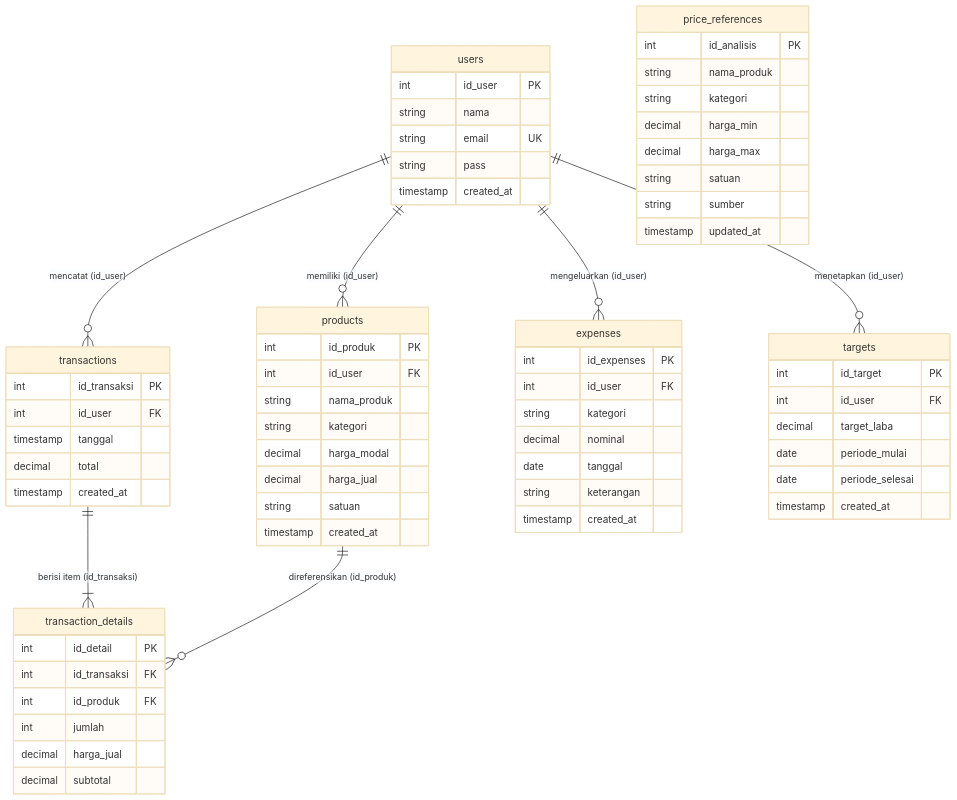
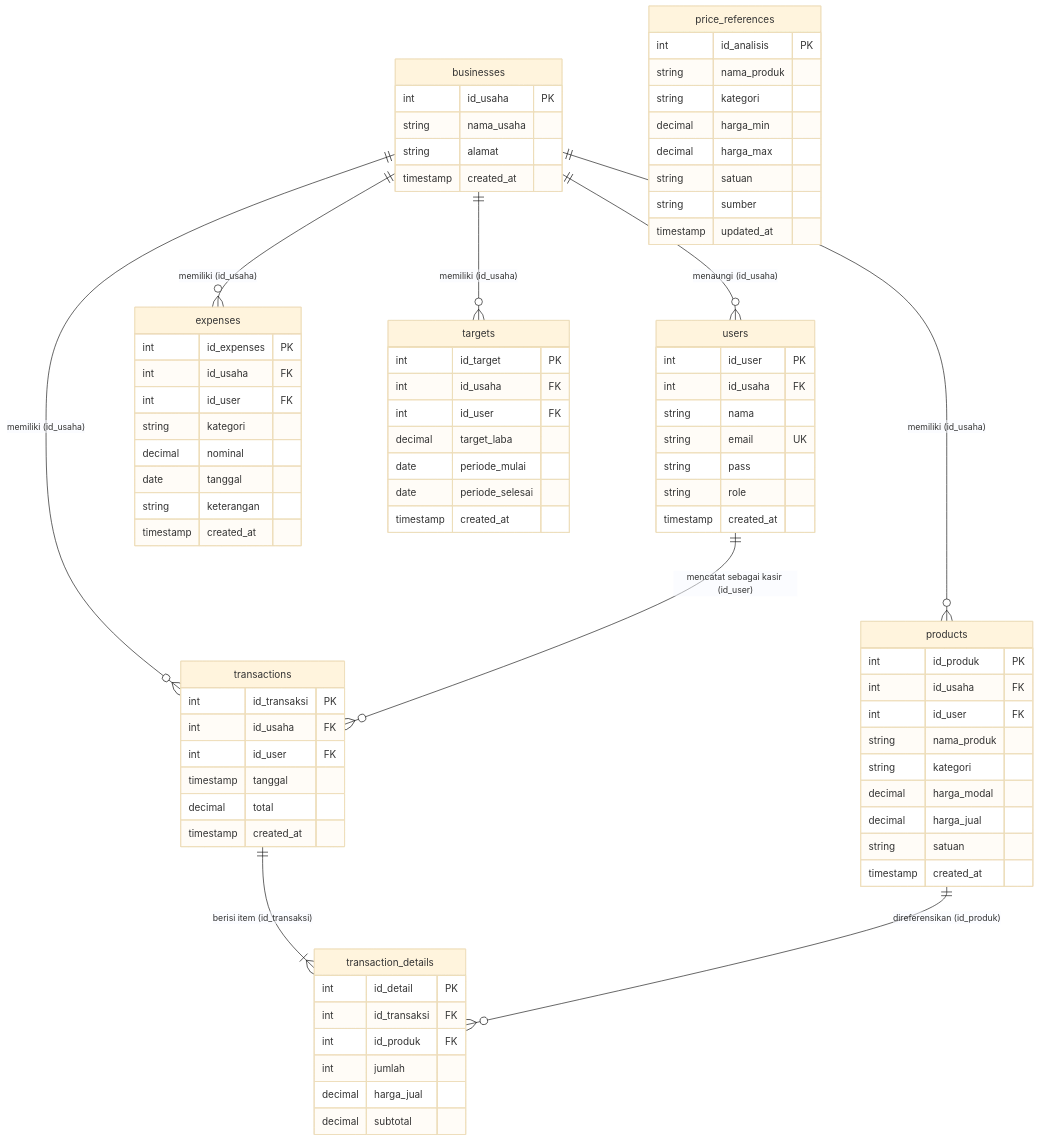
The third of 3 diagrams in README.md (kha1de/KedaiKas), drawn with Mermaid (base theme) before and after one commit. The commit also changed other lines of this file and 55 other files, not shown here.

````diff
--- a/README.md
+++ b/README.md
@@ -290,32 +355,34 @@
 ```mermaid
 erDiagram
-    users ||--o{ products : "memiliki (id_user)"
-    users ||--o{ transactions : "mencatat (id_user)"
-    users ||--o{ expenses : "mengeluarkan (id_user)"
-    users ||--o{ targets : "menetapkan (id_user)"
+    businesses ||--o{ users : "menaungi (id_usaha)"
+    businesses ||--o{ products : "memiliki (id_usaha)"
+    businesses ||--o{ transactions : "memiliki (id_usaha)"
+    businesses ||--o{ expenses : "memiliki (id_usaha)"
+    businesses ||--o{ targets : "memiliki (id_usaha)"
+    users ||--o{ transactions : "mencatat sebagai kasir (id_user)"
     transactions ||--|{ transaction_details : "berisi item (id_transaksi)"
     products ||--o{ transaction_details : "direferensikan (id_produk)"
-    price_references {
-        int id_analisis PK
-        string nama_produk
-        string kategori
-        decimal harga_min
-        decimal harga_max
-        string satuan
-        string sumber
-        timestamp updated_at
+    
+    businesses {
+        int id_usaha PK
+        string nama_usaha
+        string alamat
+        timestamp created_at
     }
 
     users {
         int id_user PK
+        int id_usaha FK
         string nama
         string email UK
         string pass
+        string role
         timestamp created_at
     }
 
     products {
         int id_produk PK
+        int id_usaha FK
         int id_user FK
         string nama_produk
         string kategori
@@ -327,6 +394,7 @@
 
     transactions {
         int id_transaksi PK
+        int id_usaha FK
         int id_user FK
         timestamp tanggal
         decimal total
@@ -344,6 +412,7 @@
 
     expenses {
         int id_expenses PK
+        int id_usaha FK
         int id_user FK
         string kategori
         decimal nominal
@@ -354,10 +423,22 @@
 
     targets {
         int id_target PK
+        int id_usaha FK
         int id_user FK
         decimal target_laba
         date periode_mulai
         date periode_selesai
         timestamp created_at
     }
+
+    price_references {
+        int id_analisis PK
+        string nama_produk
+        string kategori
+        decimal harga_min
+        decimal harga_max
+        string satuan
+        string sumber
+        timestamp updated_at
+    }
 ```
````
